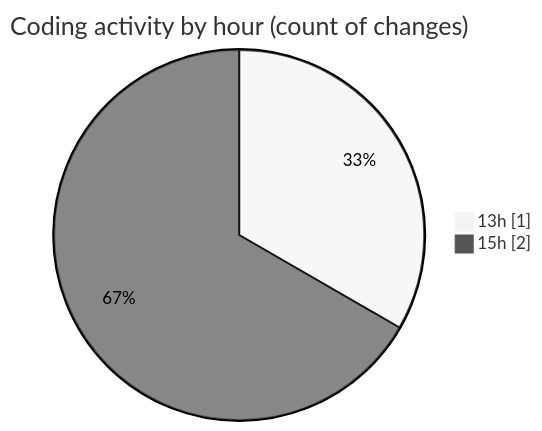
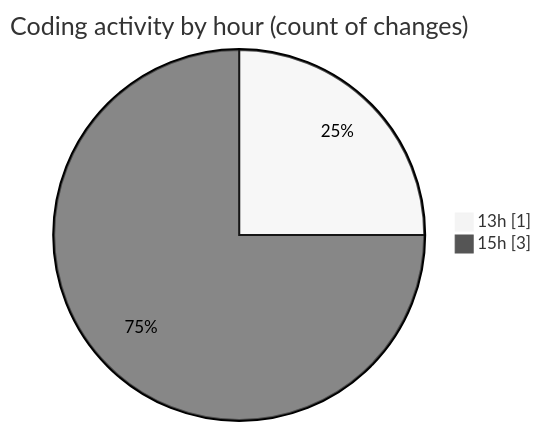
Before and after one commit to momahboobian/code-tracking: the second of 2 diagrams in 2026-10-01/cda/README.md, drawn with Mermaid (neutral theme). The commit also changed other lines of this file and 1 other file, not shown here.

````diff
--- a/2026-10-01/cda/README.md
+++ b/2026-10-01/cda/README.md
@@ -28,6 +30,6 @@
 ```mermaid
 pie showData
 title Coding activity by hour (count of changes)
 "13h" : 1
-"15h" : 2
+"15h" : 3
 ```
````
